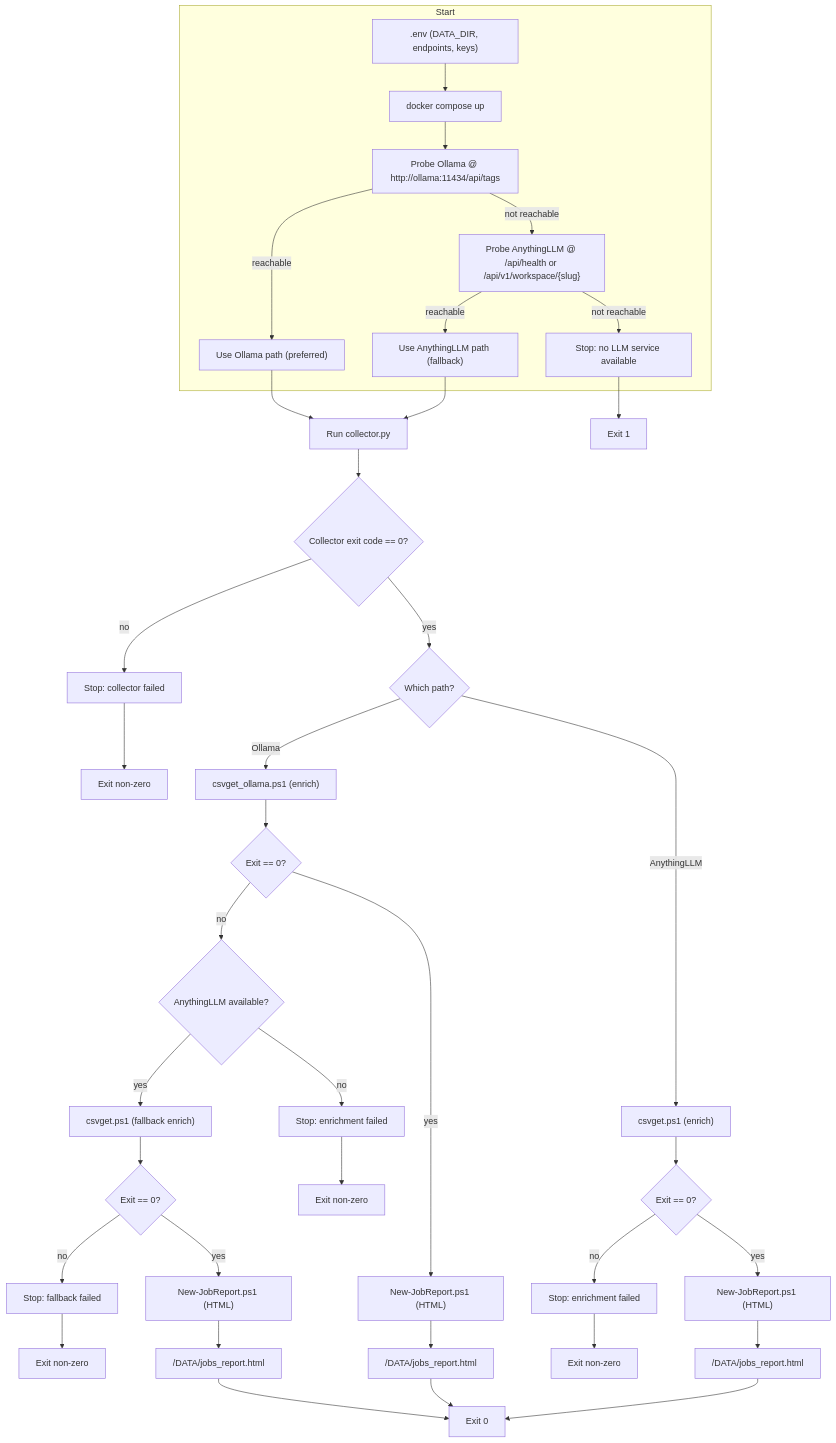
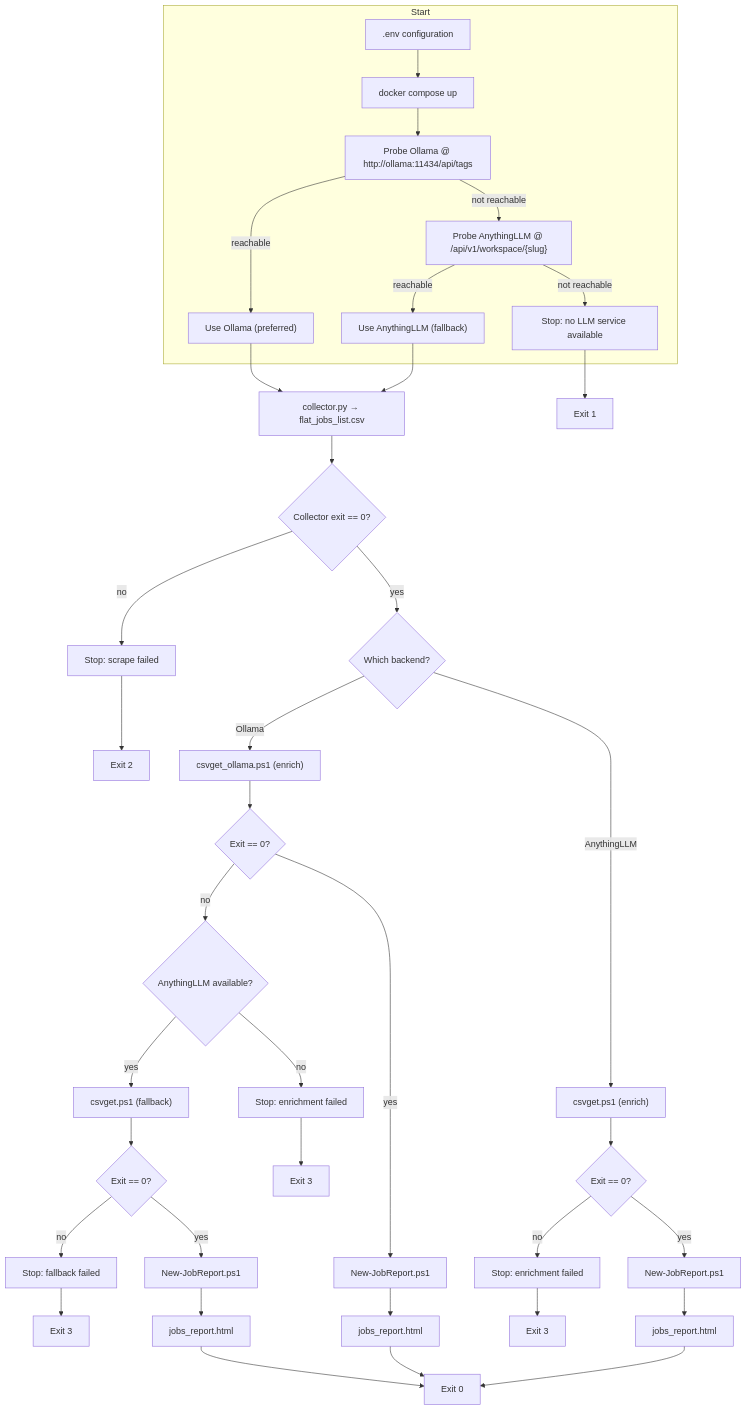
One commit to drjp81/jobanalyzer changed the second of 4 diagrams in README.md. Above: the diagram before and after it, drawn with Mermaid. The commit also changed other lines of this file and 18 other files, not shown here.

````diff
--- a/README.md
+++ b/README.md
@@ -93,35 +141,34 @@
 ```mermaid
 flowchart TD
   subgraph Start
-    A[".env (DATA_DIR, endpoints, keys)"] --> B["docker compose up"]
+    A[".env configuration"] --> B["docker compose up"]
     B --> P1["Probe Ollama @ http://ollama:11434/api/tags"]
-    P1 -->|reachable| FLAG["Use Ollama path (preferred)"]
-    P1 -->|not reachable| P2["Probe AnythingLLM @ /api/health or /api/v1/workspace/{slug}"]
-    P2 -->|reachable| FLAG_ALT["Use AnythingLLM path (fallback)"]
+    P1 -->|reachable| FLAG["Use Ollama (preferred)"]
+    P1 -->|not reachable| P2["Probe AnythingLLM @ /api/v1/workspace/{slug}"]
+    P2 -->|reachable| FLAG_ALT["Use AnythingLLM (fallback)"]
     P2 -->|not reachable| STOP0["Stop: no LLM service available"]
   end
 
-  FLAG --> C["Run collector.py"]
+  FLAG --> C["collector.py → flat_jobs_list.csv"]
   FLAG_ALT --> C
   STOP0 --> X["Exit 1"]
 
-  C --> R{"Collector exit code == 0?"}
-  R -->|no| STOP1["Stop: collector failed"] --> X1["Exit non-zero"]
-  R -->|yes| BR{"Which path?"}
+  C --> R{"Collector exit == 0?"}
+  R -->|no| STOP1["Stop: scrape failed"] --> X1["Exit 2"]
+  R -->|yes| BR{"Which backend?"}
 
-  %% Option A: Ollama (preferred)
+  %% Ollama path
   BR -->|Ollama| A1["csvget_ollama.ps1 (enrich)"]
   A1 --> A1OK{"Exit == 0?"}
   A1OK -->|no| FBF{"AnythingLLM available?"}
-  FBF -->|yes| B1["csvget.ps1 (fallback enrich)"] --> B1OK{"Exit == 0?"}
-  FBF -->|no| STOP2["Stop: enrichment failed"] --> X2["Exit non-zero"]
-  B1OK -->|no| STOP3["Stop: fallback failed"] --> X3["Exit non-zero"]
-  A1OK -->|yes| A2["New-JobReport.ps1 (HTML)"] --> A3["/DATA/jobs_report.html"] --> X0["Exit 0"]
-  B1OK -->|yes| B2["New-JobReport.ps1 (HTML)"] --> B3["/DATA/jobs_report.html"] --> X0
+  FBF -->|yes| B1["csvget.ps1 (fallback)"] --> B1OK{"Exit == 0?"}
+  FBF -->|no| STOP2["Stop: enrichment failed"] --> X2["Exit 3"]
+  B1OK -->|no| STOP3["Stop: fallback failed"] --> X3["Exit 3"]
+  A1OK -->|yes| A2["New-JobReport.ps1"] --> A3["jobs_report.html"] --> X0["Exit 0"]
+  B1OK -->|yes| B2["New-JobReport.ps1"] --> B3["jobs_report.html"] --> X0
 
-  %% Option B: AnythingLLM (initial fallback)
+  %% AnythingLLM path
   BR -->|AnythingLLM| B1b["csvget.ps1 (enrich)"] --> B1bOK{"Exit == 0?"}
-  B1bOK -->|no| STOP4["Stop: enrichment failed"] --> X4["Exit non-zero"]
-  B1bOK -->|yes| B2b["New-JobReport.ps1 (HTML)"] --> B3b["/DATA/jobs_report.html"] --> X0
-
+  B1bOK -->|no| STOP4["Stop: enrichment failed"] --> X4["Exit 3"]
+  B1bOK -->|yes| B2b["New-JobReport.ps1"] --> B3b["jobs_report.html"] --> X0
 ```
````
